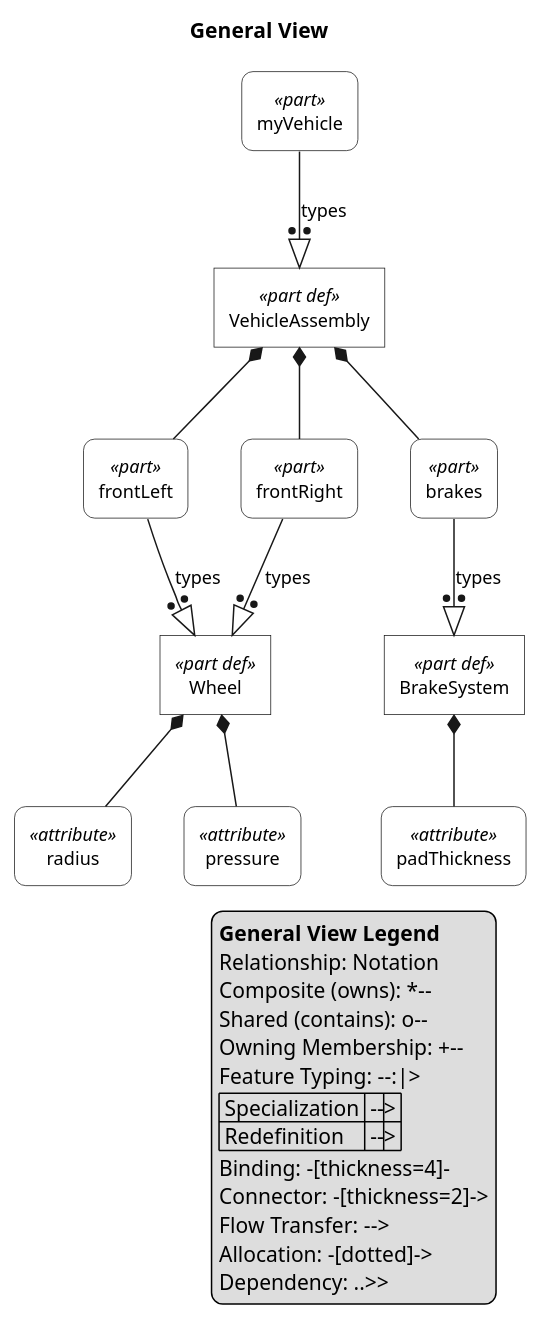
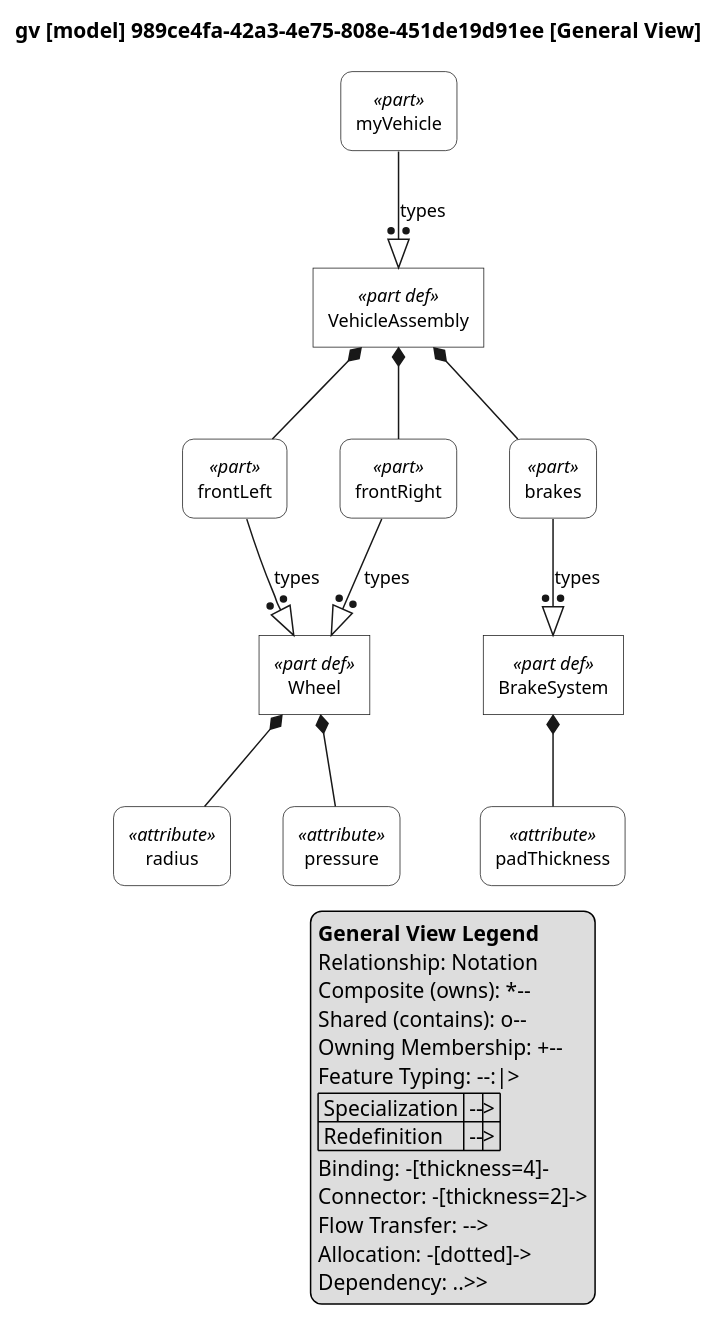
One commit to mycr0ft/sysmlpy changed the diagram in plantuml-examples/04-bw-style.puml. Above: the diagram before and after it, drawn with PlantUML. The commit also changed 28 other files, not shown here.

```diff
--- a/plantuml-examples/04-bw-style.puml
+++ b/plantuml-examples/04-bw-style.puml
@@ -1,189 +1,189 @@
 @startuml
 
 skinparam monochrome true
 skinparam wrapWidth 300
 skinparam defaultFontSize 12
 skinparam defaultFontName Helvetica
 
 skinparam rectangle<<part def>> {
     RoundCorner 0
     BackgroundColor white
 }
 skinparam rectangle<<part>> {
     RoundCorner 15
     BackgroundColor white
 }
 skinparam rectangle<<action def>> {
     RoundCorner 0
     BackgroundColor white
 }
 skinparam rectangle<<action>> {
     RoundCorner 15
     BackgroundColor white
 }
 skinparam rectangle<<state def>> {
     RoundCorner 0
     BackgroundColor white
 }
 skinparam rectangle<<state>> {
     RoundCorner 15
     BackgroundColor white
 }
 skinparam rectangle<<port def>> {
     RoundCorner 0
     BackgroundColor white
 }
 skinparam rectangle<<port>> {
     RoundCorner 15
     BackgroundColor white
 }
 skinparam rectangle<<interface def>> {
     RoundCorner 0
     BackgroundColor white
 }
 skinparam rectangle<<interface>> {
     RoundCorner 15
     BackgroundColor white
 }
 skinparam rectangle<<item def>> {
     RoundCorner 0
     BackgroundColor white
 }
 skinparam rectangle<<item>> {
     RoundCorner 15
     BackgroundColor white
 }
 skinparam rectangle<<attribute def>> {
     RoundCorner 0
     BackgroundColor white
 }
 skinparam rectangle<<attribute>> {
     RoundCorner 15
     BackgroundColor white
 }
 skinparam rectangle<<connection def>> {
     RoundCorner 0
     BackgroundColor white
 }
 skinparam rectangle<<connection>> {
     RoundCorner 15
     BackgroundColor white
 }
 skinparam rectangle<<flow def>> {
     RoundCorner 0
     BackgroundColor white
 }
 skinparam rectangle<<flow>> {
     RoundCorner 15
     BackgroundColor white
 }
 skinparam rectangle<<requirement def>> {
     RoundCorner 0
     BackgroundColor white
 }
 skinparam rectangle<<requirement>> {
     RoundCorner 15
     BackgroundColor white
 }
 skinparam rectangle<<use case def>> {
     RoundCorner 0
     BackgroundColor white
 }
 skinparam rectangle<<use case>> {
     RoundCorner 15
     BackgroundColor white
 }
 skinparam rectangle<<constraint def>> {
     RoundCorner 0
     BackgroundColor white
 }
 skinparam rectangle<<constraint>> {
     RoundCorner 15
     BackgroundColor white
 }
 skinparam rectangle<<calculation def>> {
     RoundCorner 0
     BackgroundColor white
 }
 skinparam rectangle<<calculation>> {
     RoundCorner 15
     BackgroundColor white
 }
 skinparam rectangle<<enumeration def>> {
     RoundCorner 0
     BackgroundColor white
 }
 skinparam rectangle<<enumeration>> {
     RoundCorner 15
     BackgroundColor white
 }
 skinparam rectangle<<allocation def>> {
     RoundCorner 0
     BackgroundColor white
 }
 skinparam rectangle<<allocation>> {
     RoundCorner 15
     BackgroundColor white
 }
 skinparam rectangle<<view def>> {
     RoundCorner 0
     BackgroundColor white
 }
 skinparam rectangle<<view>> {
     RoundCorner 15
     BackgroundColor white
 }
 skinparam folder<<view def>> {
     RoundCorner 0
     BackgroundColor white
 }
 skinparam folder<<view>> {
     RoundCorner 15
     BackgroundColor white
 }
 
 top to bottom direction
 
-title General View
+title gv [model] 989ce4fa-42a3-4e75-808e-451de19d91ee [General View]
 
 hide circle
 
 rectangle "Wheel" as E1 <<part def>>
 rectangle "radius" as E2 <<attribute>>
 rectangle "pressure" as E4 <<attribute>>
 rectangle "BrakeSystem" as E6 <<part def>>
 rectangle "padThickness" as E7 <<attribute>>
 rectangle "VehicleAssembly" as E9 <<part def>>
 rectangle "frontLeft" as E10 <<part>>
 rectangle "frontRight" as E11 <<part>>
 rectangle "brakes" as E12 <<part>>
 rectangle "myVehicle" as E13 <<part>>
 
 E1 *-- E2
 E1 *-- E4
 E6 *-- E7
 E9 *-- E10
 E10 --:|> E1 : types
 E9 *-- E11
 E11 --:|> E1 : types
 E9 *-- E12
 E12 --:|> E6 : types
 E13 --:|> E9 : types
 
 legend right
   <b>General View Legend</b>
   Relationship: Notation
   Composite (owns): *--
   Shared (contains): o--
   Owning Membership: +--
   Feature Typing: --:|> 
   | Specialization | --|> |
   | Redefinition | --||> |
   Binding: -[thickness=4]-
   Connector: -[thickness=2]->
   Flow Transfer: -->
   Allocation: -[dotted]->
   Dependency: ..>>
 endlegend
 
 @enduml
```
